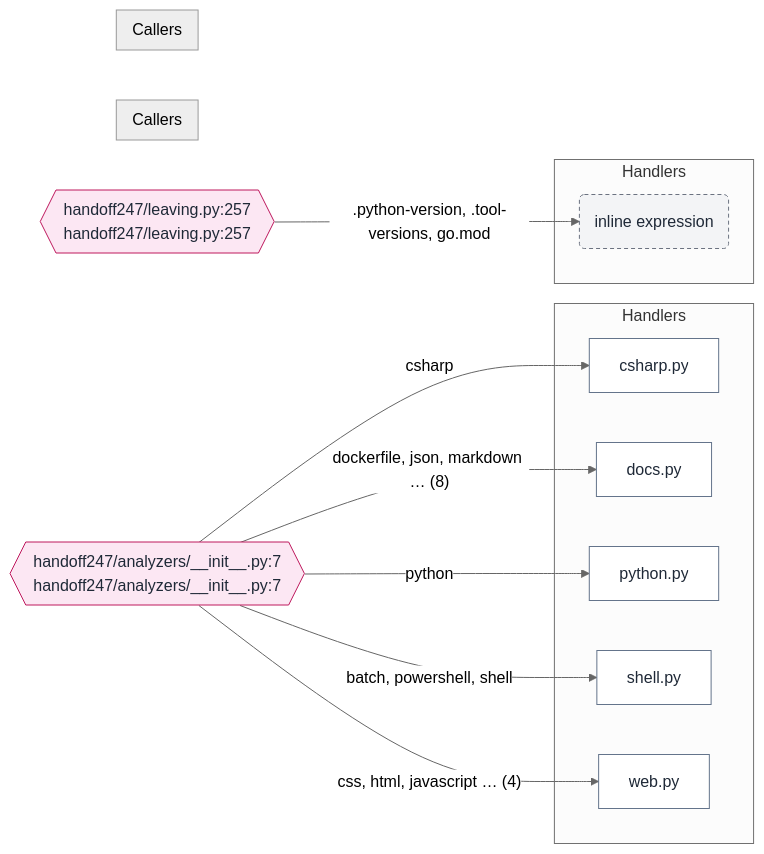
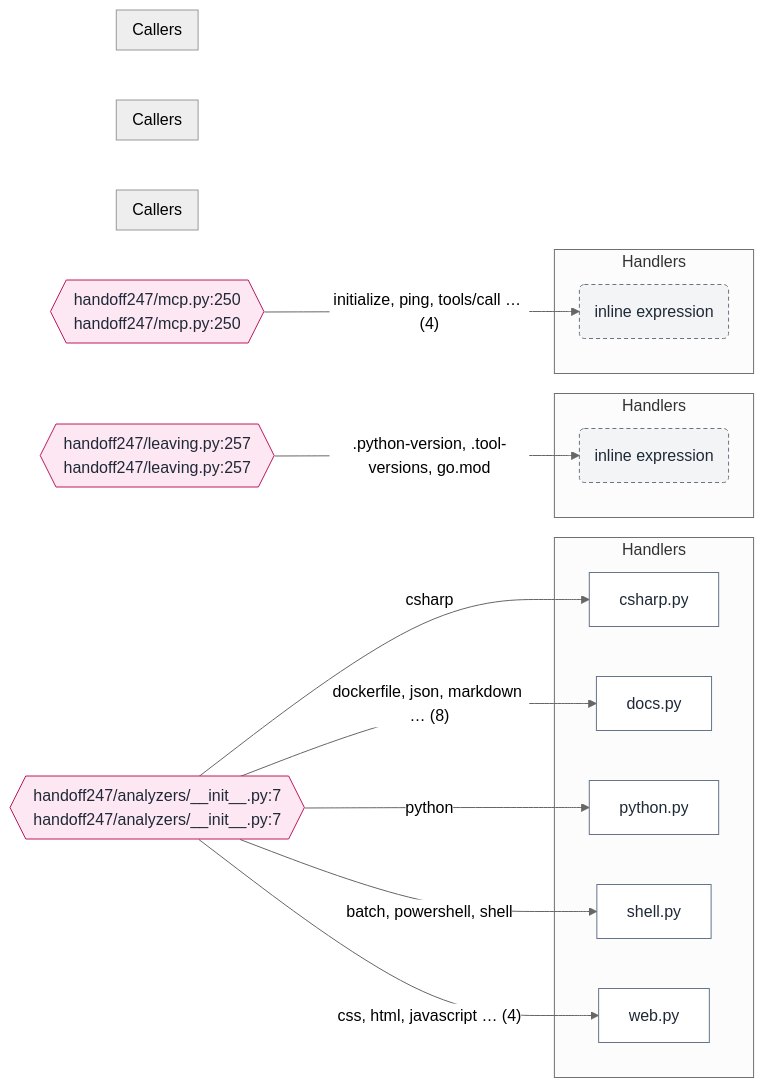
The diagram in docs/handoff/diagrams/operations.mmd (unkkyuist/HandOff247), drawn with Mermaid (neutral theme) before and after one commit. The commit also changed 50 other files, not shown here.

```diff
--- a/docs/handoff/diagrams/operations.mmd
+++ b/docs/handoff/diagrams/operations.mmd
@@ -1,33 +1,40 @@
 flowchart LR
   n1{{"handoff247/analyzers/#95;#95;init#95;#95;.py:7<br/>handoff247/analyzers/#95;#95;init#95;#95;.py:7"}}:::table
   subgraph g2["Callers"]
   end
   subgraph g3["Handlers"]
     n4["csharp.py"]:::file
     n5["docs.py"]:::file
     n6["python.py"]:::file
     n7["shell.py"]:::file
     n8["web.py"]:::file
   end
   n1 -->|"csharp"| n4
   n1 -->|"python"| n6
   n1 -->|"css, html, javascript … (4)"| n8
   n1 -->|"batch, powershell, shell"| n7
   n1 -->|"dockerfile, json, markdown … (8)"| n5
   n9{{"handoff247/leaving.py:257<br/>handoff247/leaving.py:257"}}:::table
   subgraph g10["Callers"]
   end
   subgraph g11["Handlers"]
     n12("inline expression"):::hub
   end
   n9 -->|".python-version, .tool-versions, go.mod"| n12
+  n13{{"handoff247/mcp.py:250<br/>handoff247/mcp.py:250"}}:::table
+  subgraph g14["Callers"]
+  end
+  subgraph g15["Handlers"]
+    n16("inline expression"):::hub
+  end
+  n13 -->|"initialize, ping, tools/call … (4)"| n16
   classDef entry fill:#fde68a,stroke:#b45309,color:#1f2937
   classDef launcher fill:#e0e7ff,stroke:#4338ca,color:#1f2937
   classDef mode fill:#dcfce7,stroke:#15803d,color:#1f2937
   classDef iface fill:#cffafe,stroke:#0e7490,color:#1f2937
   classDef table fill:#fce7f3,stroke:#be185d,color:#1f2937
   classDef hub fill:#f3f4f6,stroke:#6b7280,color:#1f2937,stroke-dasharray:4 3
   classDef data fill:#fef3c7,stroke:#92400e,color:#1f2937
   classDef ext fill:#ffffff,stroke:#9ca3af,color:#374151,stroke-dasharray:2 2
   classDef test fill:#ede9fe,stroke:#6d28d9,color:#1f2937
   classDef file fill:#ffffff,stroke:#64748b,color:#1f2937
```
